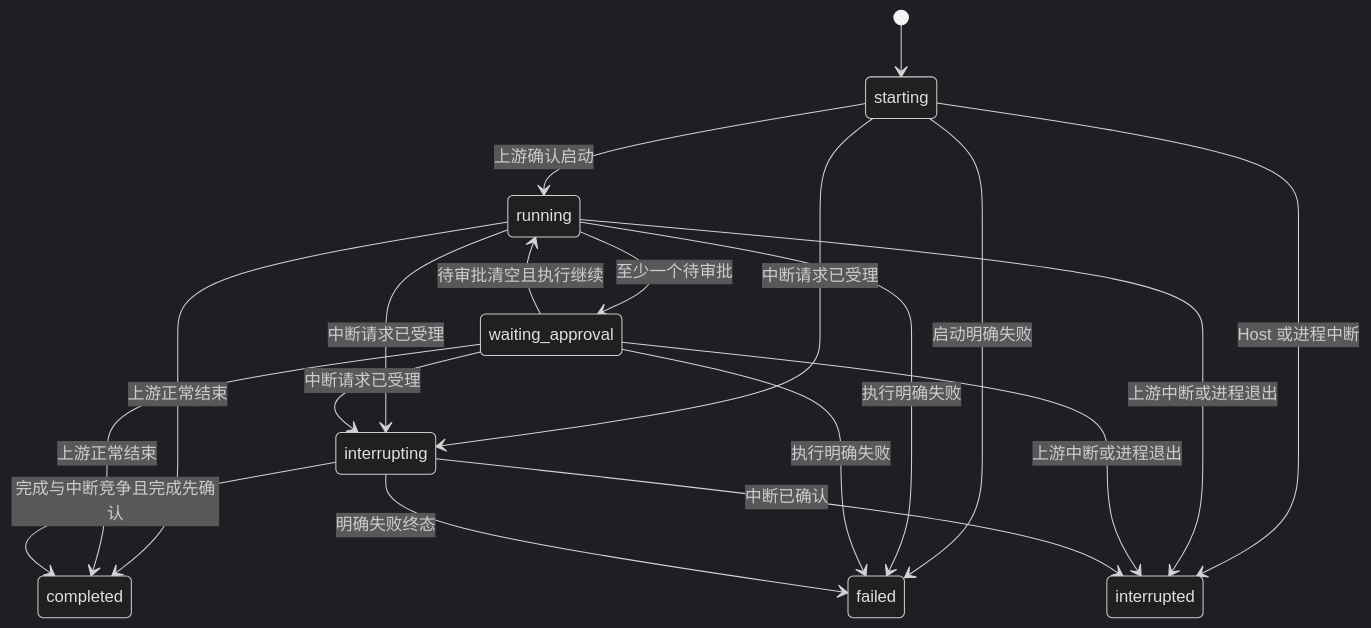
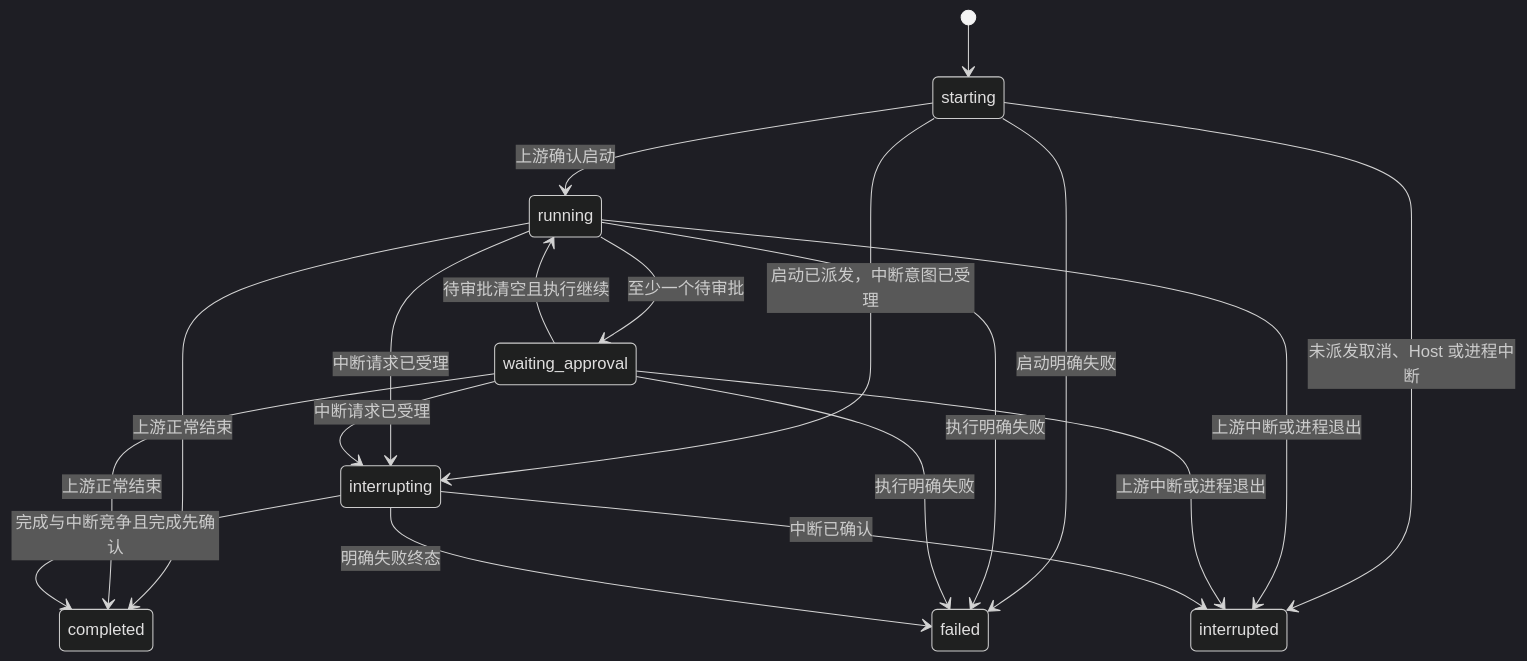
Before and after one commit to BeforeLanding/Runvori: the diagram in docs/PROTOCOL.md, drawn with Mermaid (dark theme). The commit also changed other lines of this file and 33 other files, not shown here.

````diff
--- a/docs/PROTOCOL.md
+++ b/docs/PROTOCOL.md
@@ -119,21 +125,21 @@
 ```mermaid
 stateDiagram-v2
     [*] --> starting
     starting --> running: 上游确认启动
     running --> waiting_approval: 至少一个待审批
     waiting_approval --> running: 待审批清空且执行继续
-    starting --> interrupting: 中断请求已受理
+    starting --> interrupting: 启动已派发，中断意图已受理
     running --> interrupting: 中断请求已受理
     waiting_approval --> interrupting: 中断请求已受理
     running --> completed: 上游正常结束
     waiting_approval --> completed: 上游正常结束
     interrupting --> completed: 完成与中断竞争且完成先确认
     starting --> failed: 启动明确失败
     running --> failed: 执行明确失败
     waiting_approval --> failed: 执行明确失败
     interrupting --> failed: 明确失败终态
-    starting --> interrupted: Host 或进程中断
+    starting --> interrupted: 未派发取消、Host 或进程中断
     running --> interrupted: 上游中断或进程退出
     waiting_approval --> interrupted: 上游中断或进程退出
     interrupting --> interrupted: 中断已确认
 ```
````
